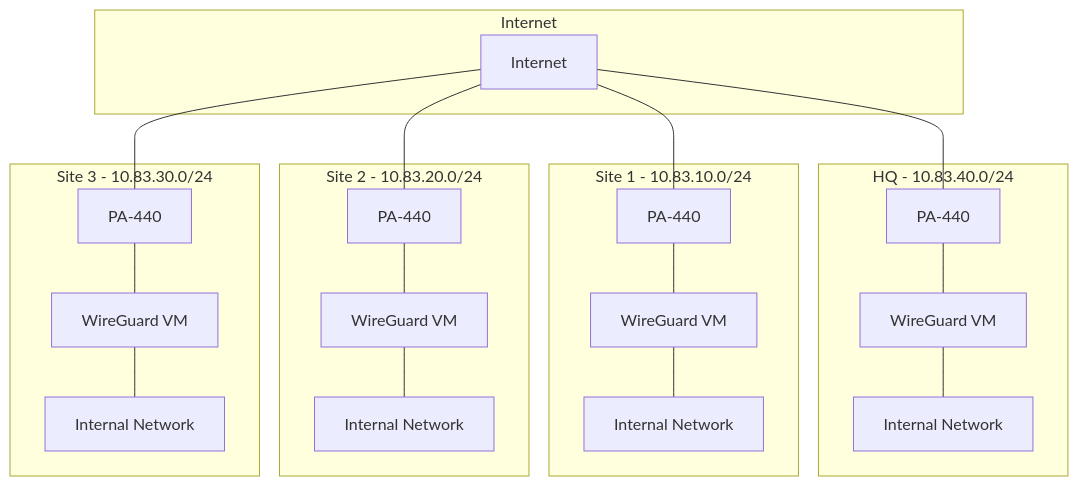
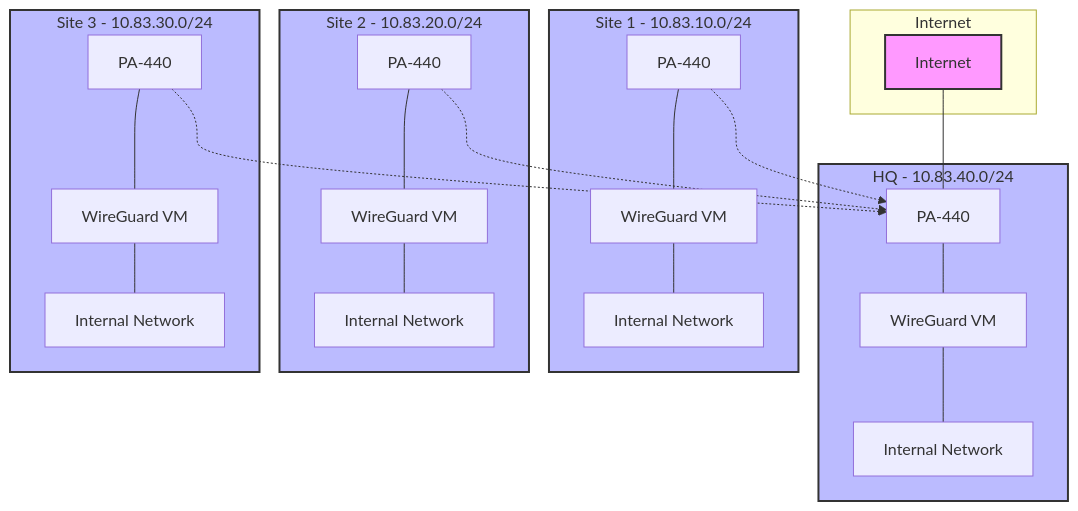
One commit to MarkusReadius/wireguard-pa440-vpn-guide changed the diagram in README.md. Above: the diagram before and after it, drawn with Mermaid. The commit also changed other lines of this file and 11 other files, not shown here.

````diff
--- a/README.md
+++ b/README.md
@@ -15,45 +15,50 @@
 ```mermaid
 graph TB
     subgraph Internet
         inet[Internet]
     end
 
     subgraph HQ[HQ - 10.83.40.0/24]
         pa440_hq[PA-440]
         wg_hq[WireGuard VM]
         internal_hq[Internal Network]
     end
 
     subgraph Site1[Site 1 - 10.83.10.0/24]
         pa440_1[PA-440]
         wg_1[WireGuard VM]
         internal_1[Internal Network]
     end
 
     subgraph Site2[Site 2 - 10.83.20.0/24]
         pa440_2[PA-440]
         wg_2[WireGuard VM]
         internal_2[Internal Network]
     end
 
     subgraph Site3[Site 3 - 10.83.30.0/24]
         pa440_3[PA-440]
         wg_3[WireGuard VM]
         internal_3[Internal Network]
     end
 
     inet --- pa440_hq
-    inet --- pa440_1
-    inet --- pa440_2
-    inet --- pa440_3
+    pa440_1 -.-> pa440_hq
+    pa440_2 -.-> pa440_hq
+    pa440_3 -.-> pa440_hq
 
     pa440_hq --- wg_hq
     pa440_1 --- wg_1
     pa440_2 --- wg_2
     pa440_3 --- wg_3
 
     wg_hq --- internal_hq
     wg_1 --- internal_1
     wg_2 --- internal_2
     wg_3 --- internal_3
+
+    classDef internet fill:#f9f,stroke:#333,stroke-width:2px;
+    classDef site fill:#bbf,stroke:#333,stroke-width:2px;
+    class inet internet;
+    class HQ,Site1,Site2,Site3 site;
 ```
````
